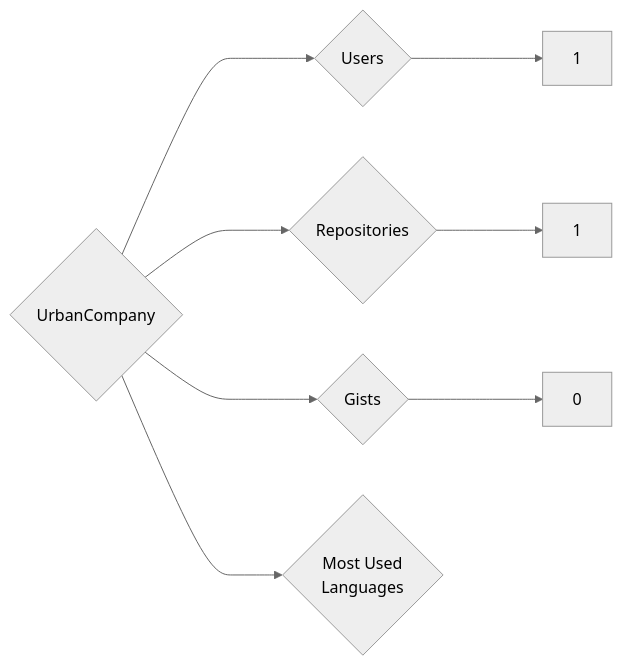
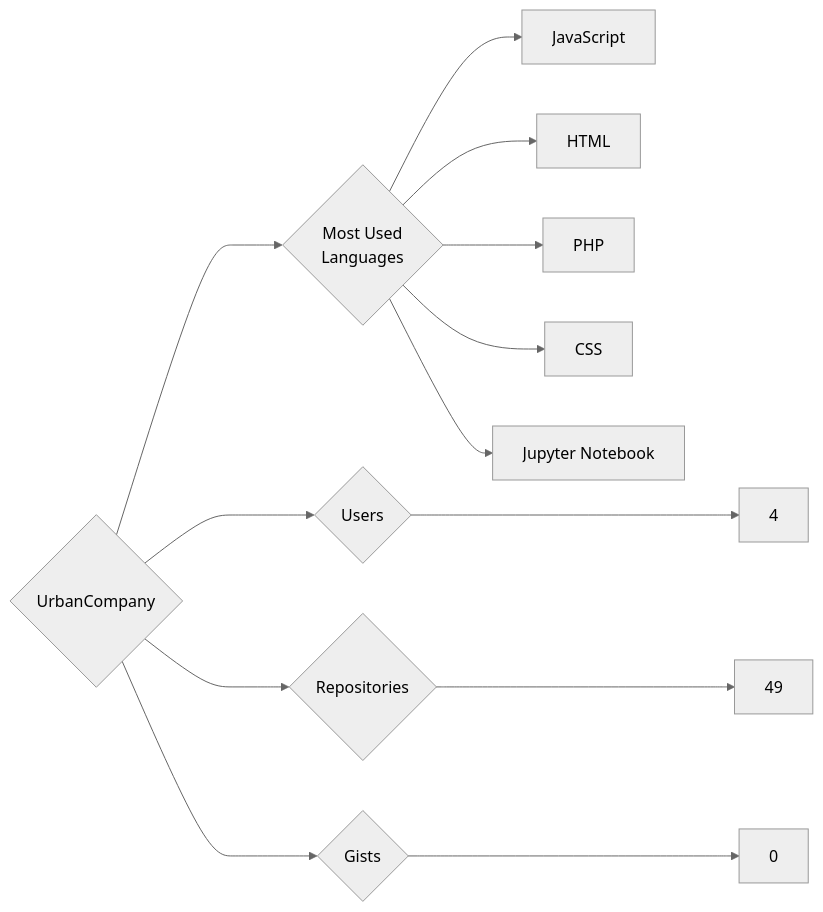
Before and after one commit to trickest/insiders: the diagram in targets/UrbanCompany/README.md, drawn with Mermaid (neutral theme). The commit also changed 969 other files, not shown here.

````diff
--- a/targets/UrbanCompany/README.md
+++ b/targets/UrbanCompany/README.md
@@ -3,8 +3,13 @@
 ```mermaid
 graph LR
 COMPANY_NAME{UrbanCompany}
-COMPANY_NAME ---> U{Users} ---> UN[1]
-COMPANY_NAME ---> R{Repositories} ---> RN[1]
+COMPANY_NAME ---> U{Users} ---> UN[4]
+COMPANY_NAME ---> R{Repositories} ---> RN[49]
 COMPANY_NAME ---> G{Gists} ---> GN[0]
 COMPANY_NAME ---> ML{Most Used<br>Languages}
+ML --> JavaScript[JavaScript]
+ML --> HTML[HTML]
+ML --> PHP[PHP]
+ML --> CSS[CSS]
+ML --> Jupyter_Notebook[Jupyter Notebook]
 ```
````
